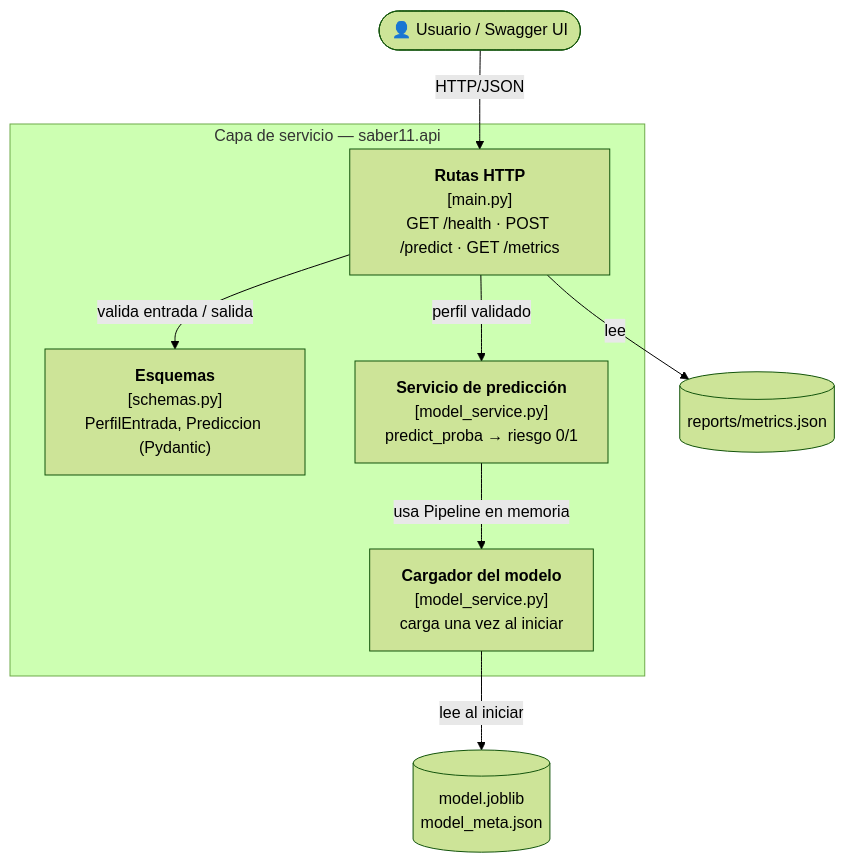
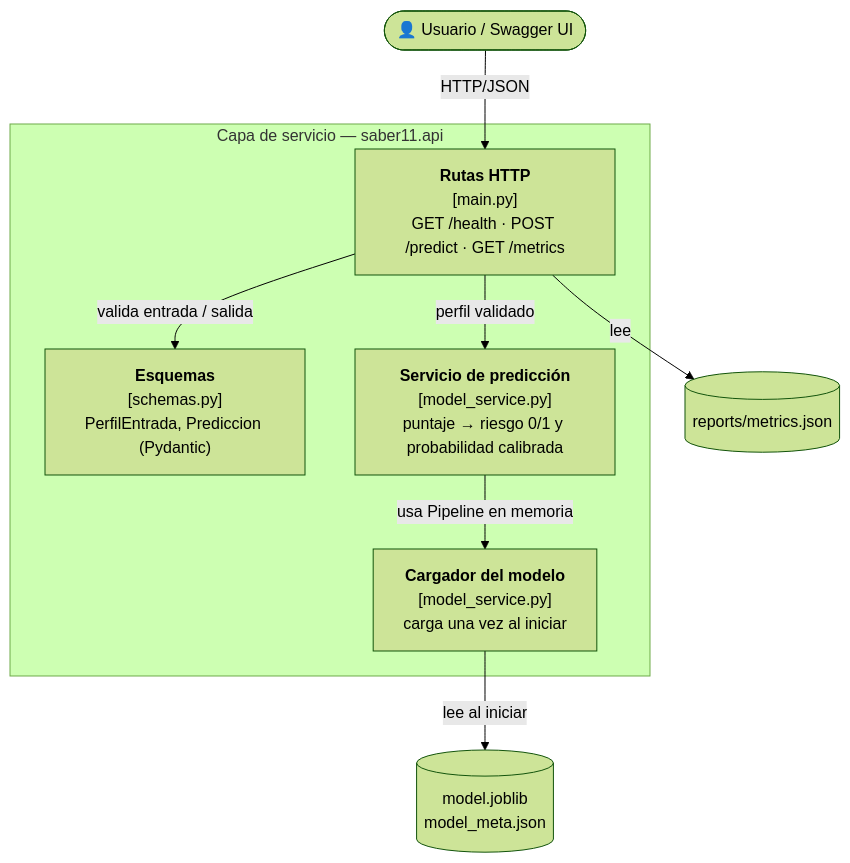
One commit to contracamilo/proyectoFinal_saber11 changed the second of 2 diagrams in docs/arquitectura/c4-componentes.md. Above: the diagram before and after it, drawn with Mermaid (forest theme). The commit also changed other lines of this file and 6 other files, not shown here.

````diff
--- a/docs/arquitectura/c4-componentes.md
+++ b/docs/arquitectura/c4-componentes.md
@@ -55,20 +59,20 @@
 ```mermaid
 flowchart TB
     usuario(["👤 Usuario / Swagger UI"])
     art[("model.joblib<br/>model_meta.json")]
     rep[("reports/metrics.json")]
 
     subgraph api["Capa de servicio — saber11.api"]
         router["<b>Rutas HTTP</b><br/>[main.py]<br/>GET /health · POST /predict · GET /metrics"]
         schemas["<b>Esquemas</b><br/>[schemas.py]<br/>PerfilEntrada, Prediccion (Pydantic)"]
         loader["<b>Cargador del modelo</b><br/>[model_service.py]<br/>carga una vez al iniciar"]
-        predictor["<b>Servicio de predicción</b><br/>[model_service.py]<br/>predict_proba → riesgo 0/1"]
+        predictor["<b>Servicio de predicción</b><br/>[model_service.py]<br/>puntaje → riesgo 0/1 y probabilidad calibrada"]
     end
 
     usuario -- "HTTP/JSON" --> router
     router -- "valida entrada / salida" --> schemas
     router -- "perfil validado" --> predictor
     predictor -- "usa Pipeline en memoria" --> loader
     loader -- "lee al iniciar" --> art
     router -- "lee" --> rep
 ```
````
